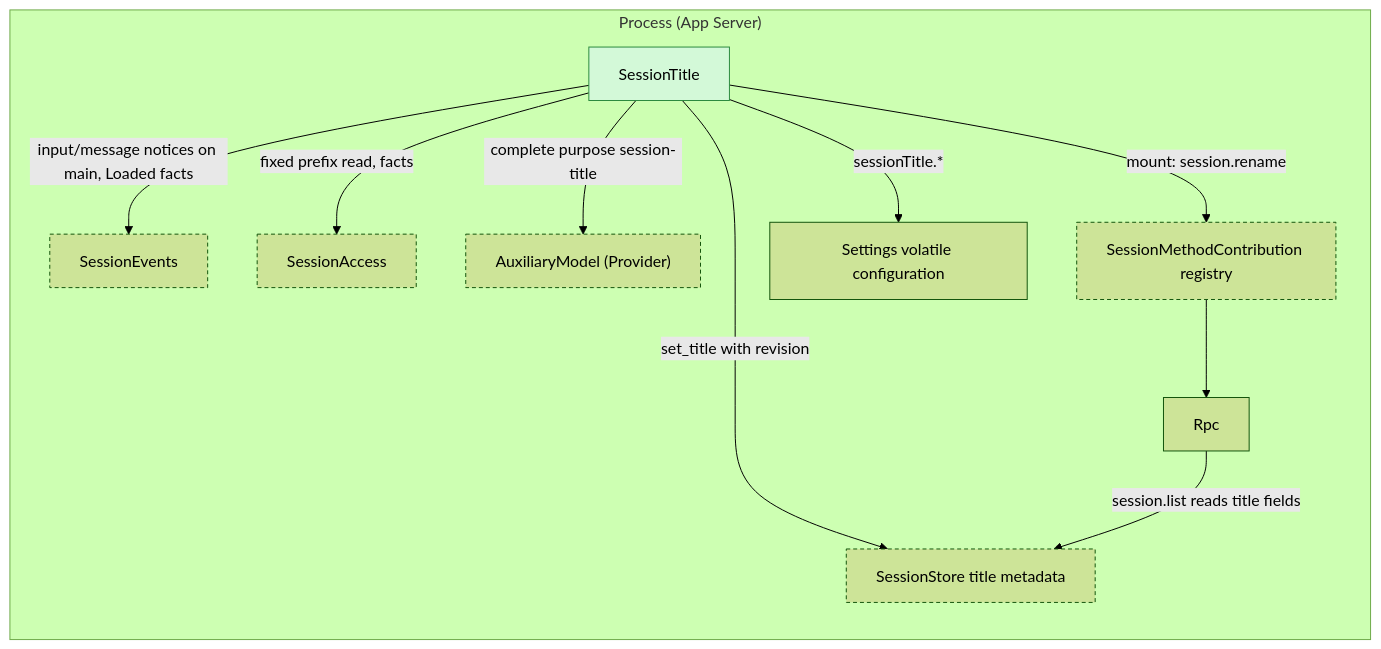
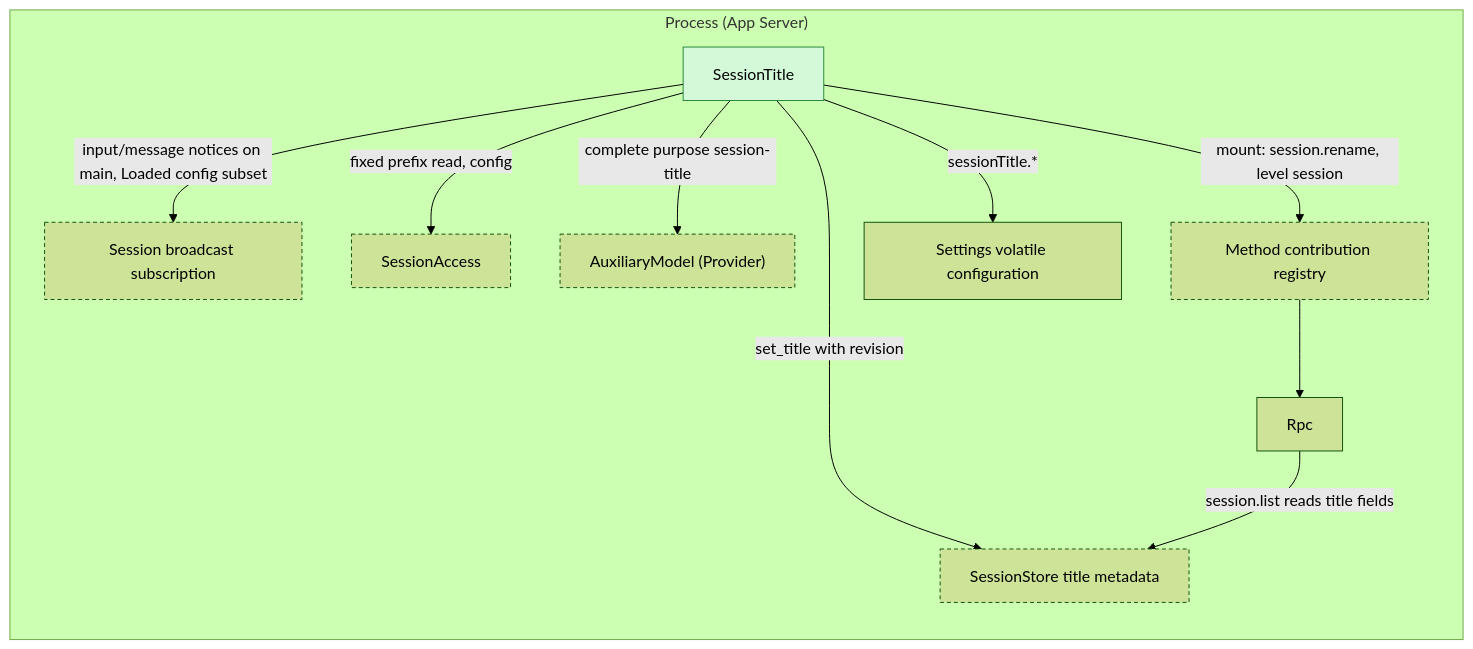
One commit to CoutinhoTTS/dim-agent changed the first of 5 diagrams in docs/design/plugins/SessionTitle.md. Above: the diagram before and after it, drawn with Mermaid (forest theme). The commit also changed other lines of this file and 3 other files, not shown here.

````diff
--- a/docs/design/plugins/SessionTitle.md
+++ b/docs/design/plugins/SessionTitle.md
@@ -9,23 +9,23 @@
 ```mermaid
 flowchart LR
   subgraph PROC["Process (App Server)"]
     ST["SessionTitle"]:::new
-    SE["SessionEvents"]:::contract
+    SE["Session broadcast subscription"]:::contract
     SA["SessionAccess"]:::contract
     AUX["AuxiliaryModel (Provider)"]:::contract
     META["SessionStore title metadata"]:::contract
-    SMC["SessionMethodContribution registry"]:::contract
+    SMC["Method contribution registry"]:::contract
     Settings["Settings volatile configuration"]
     Rpc["Rpc"]
   end
-  ST -->|"input/message notices on main, Loaded facts"| SE
-  ST -->|"fixed prefix read, facts"| SA
+  ST -->|"input/message notices on main, Loaded config subset"| SE
+  ST -->|"fixed prefix read, config"| SA
   ST -->|"complete purpose session-title"| AUX
   ST -->|"set_title with revision"| META
-  ST -->|"mount: session.rename"| SMC
+  ST -->|"mount: session.rename, level session"| SMC
   ST -->|"sessionTitle.*"| Settings
   SMC --> Rpc
   Rpc -->|"session.list reads title fields"| META
   classDef new fill:#d3f9d8,stroke:#2b8a3e,color:#000
   classDef contract stroke-dasharray:4 3
 ```
````
